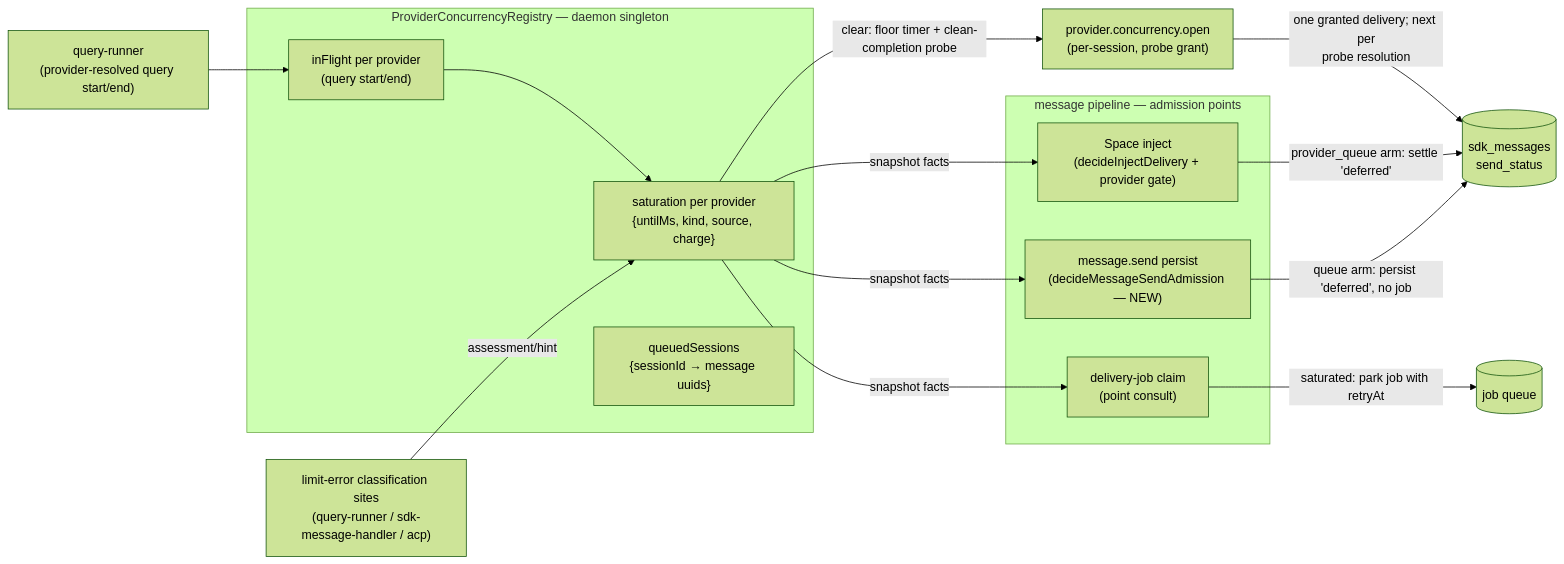
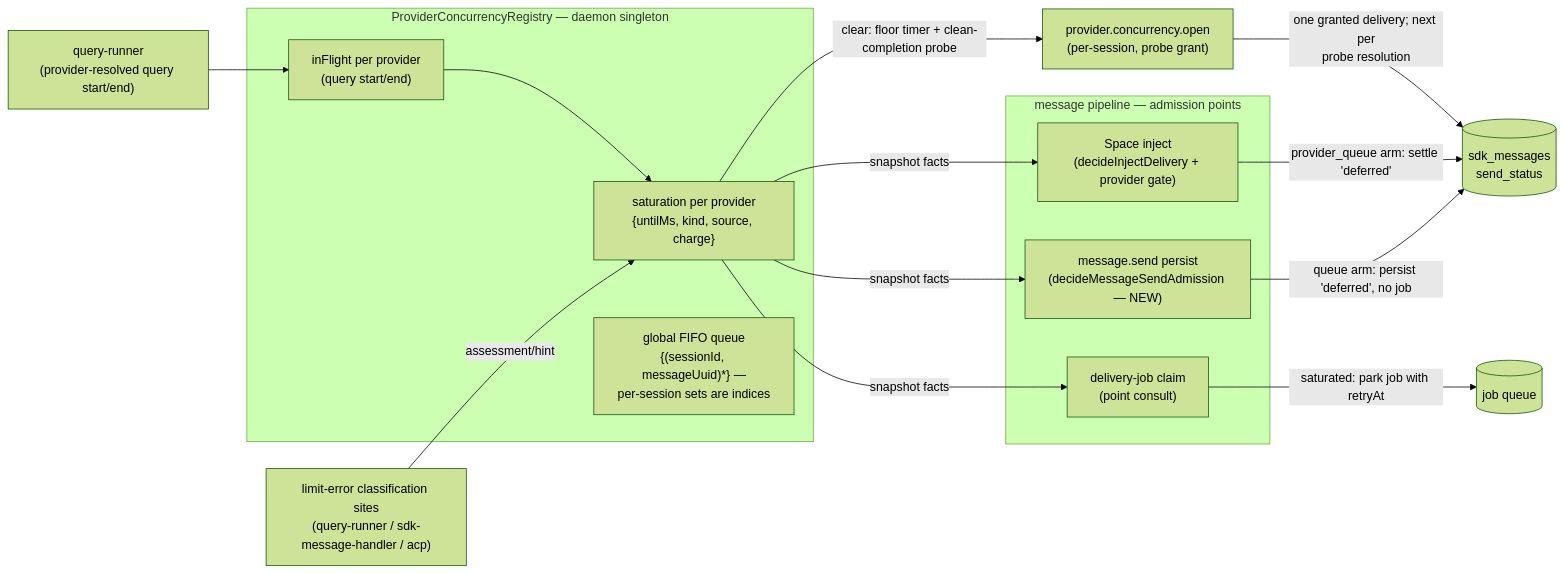
One commit to lsm/HyperNeo changed the diagram in docs/design/provider-concurrency-admission-gate.md. Above: the diagram before and after it, drawn with Mermaid (forest theme). The commit also changed other lines of this file, not shown here.

````diff
--- a/docs/design/provider-concurrency-admission-gate.md
+++ b/docs/design/provider-concurrency-admission-gate.md
@@ -121,25 +121,25 @@
 ```mermaid
 flowchart LR
   subgraph MessagePipeline[message pipeline — admission points]
     MS["message.send persist\n(decideMessageSendAdmission — NEW)"]
     INJ["Space inject\n(decideInjectDelivery + provider gate)"]
     JOB["delivery-job claim\n(point consult)"]
   end
   subgraph Registry[ProviderConcurrencyRegistry — daemon singleton]
     SAT["saturation per provider\n{untilMs, kind, source, charge}"]
     FLR["inFlight per provider\n(query start/end)"]
-    Q["queuedSessions\n{sessionId → message uuids}"]
+    Q["global FIFO queue\n{(sessionId, messageUuid)*} —\nper-session sets are indices"]
   end
   CLR["limit-error classification sites\n(query-runner / sdk-message-handler / acp)"]
   QRY["query-runner\n(provider-resolved query start/end)"]
 
   MS -->|"queue arm: persist 'deferred', no job"| ROW[("sdk_messages\nsend_status")]
   INJ -->|"provider_queue arm: settle 'deferred'"| ROW
   JOB -->|"saturated: park job with retryAt"| JQ[("job queue")]
   CLR -->|"assessment/hint"| SAT
   QRY --> FLR
   SAT -->|"snapshot facts"| MS & INJ & JOB
   FLR --> SAT
   SAT -->|"clear: floor timer + clean-completion probe"| WAKE["provider.concurrency.open\n(per-session, probe grant)"]
   WAKE -->|"one granted delivery; next per\nprobe resolution"| ROW
 ```
````
